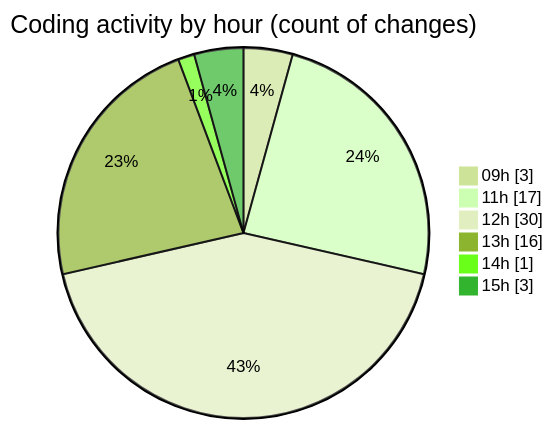
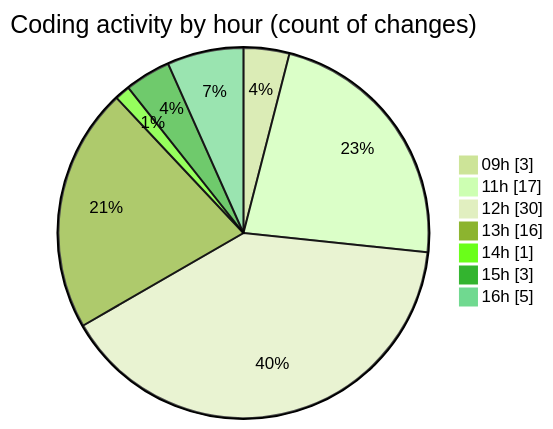
The second of 2 diagrams in 2025-10-15/eventscop-api-guide__workspace_/README.md (julien-gomy/code-tracking), drawn with Mermaid (forest theme) before and after one commit. The commit also changed other lines of this file and 1 other file, not shown here.

````diff
--- a/2025-10-15/eventscop-api-guide__workspace_/README.md
+++ b/2025-10-15/eventscop-api-guide__workspace_/README.md
@@ -39,10 +39,11 @@
 ```mermaid
 pie showData
 title Coding activity by hour (count of changes)
 "09h" : 3
 "11h" : 17
 "12h" : 30
 "13h" : 16
 "14h" : 1
 "15h" : 3
+"16h" : 5
 ```
````
